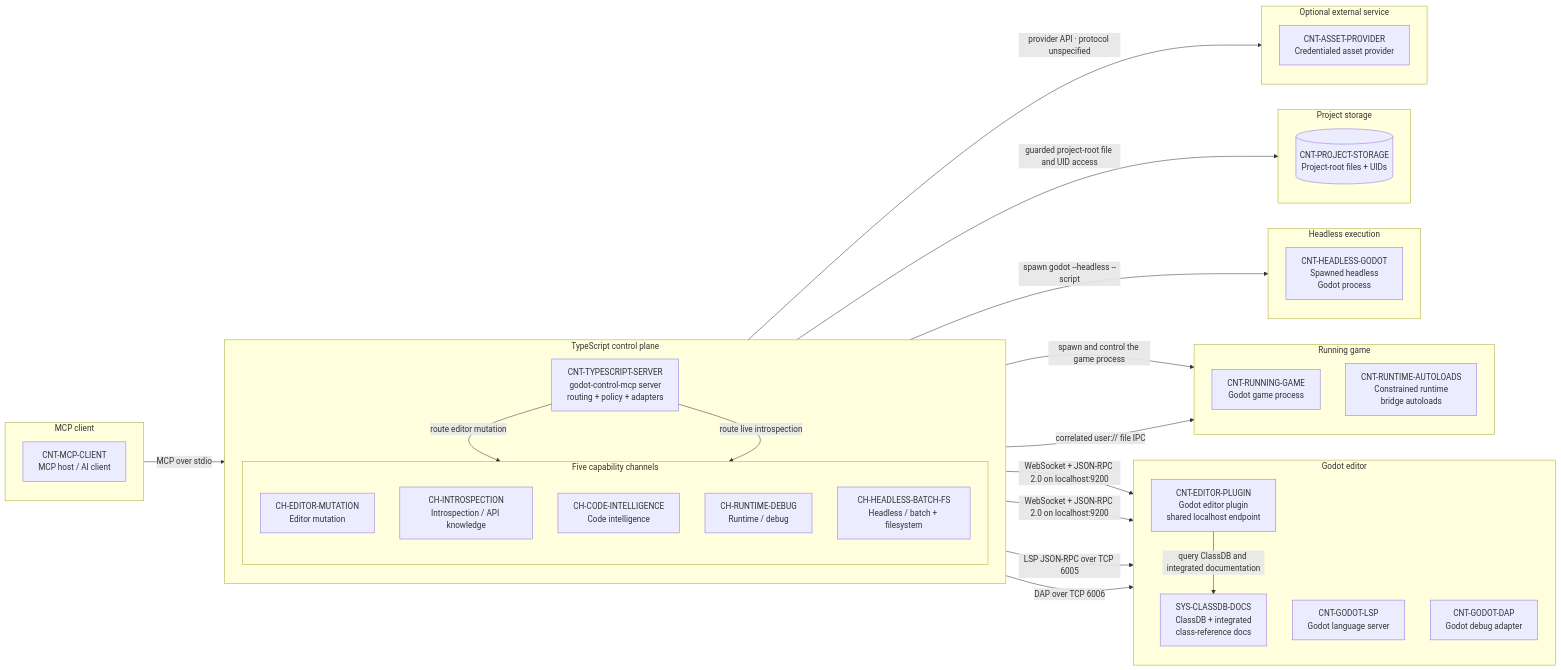
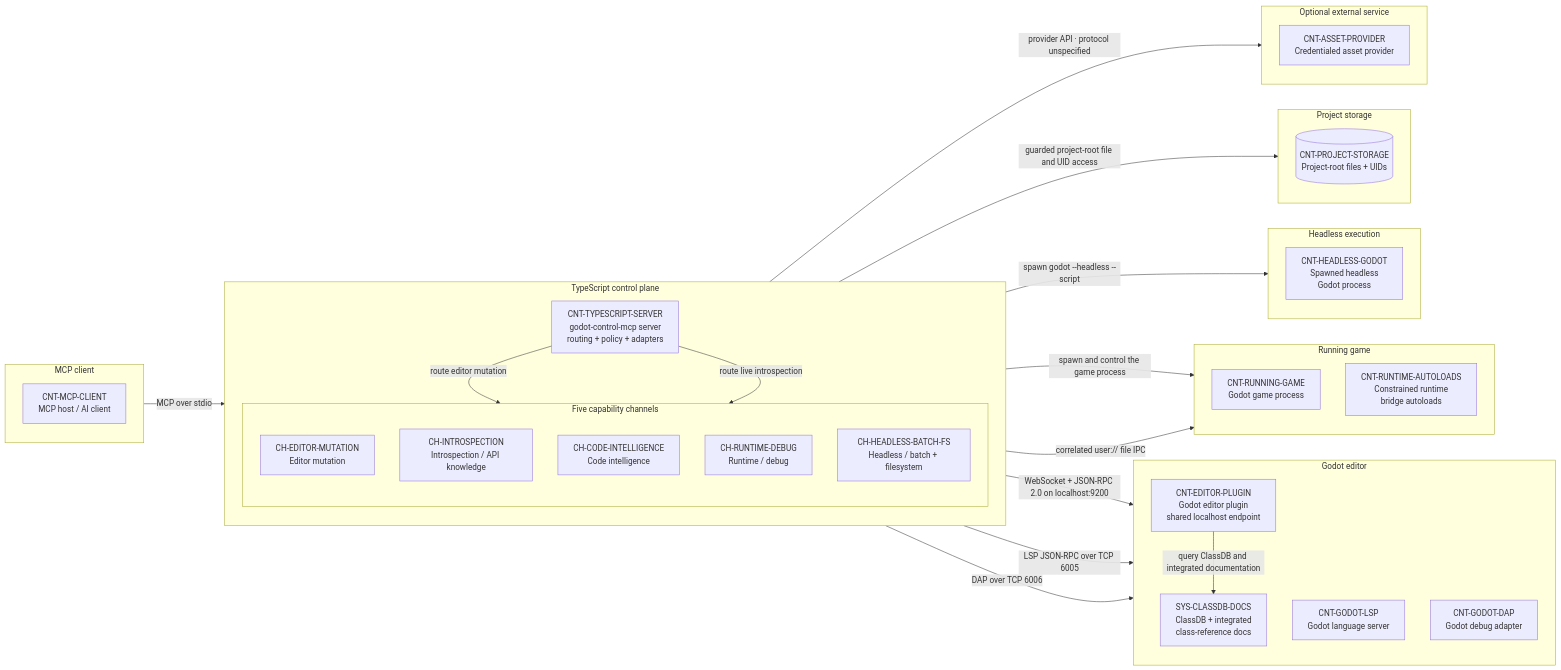
The diagram in docs/architecture/02-container-channels.md (9thLevelSoftware/robogodot), drawn with Mermaid before and after one commit. The commit also changed other lines of this file and 7 other files, not shown here.

Commit message:
fix: harden architecture atlas validation

```diff
--- a/docs/architecture/02-container-channels.md
+++ b/docs/architecture/02-container-channels.md
@@ -86,7 +86,7 @@
   %% atlas-flow: FLOW-CH-002
   CNT_TYPESCRIPT_SERVER -->|"route editor mutation"| CH_EDITOR_MUTATION
   %% atlas-flow: FLOW-CH-003
-  CH_EDITOR_MUTATION & CH_INTROSPECTION -->|"WebSocket + JSON-RPC 2.0 on localhost:9200"| CNT_EDITOR_PLUGIN
+  CNT_TYPESCRIPT_SERVER -->|"WebSocket + JSON-RPC 2.0 on localhost:9200"| CNT_EDITOR_PLUGIN
   %% atlas-flow: FLOW-CH-004
   CNT_TYPESCRIPT_SERVER -->|"route live introspection"| CH_INTROSPECTION
   %% atlas-flow: FLOW-CH-005
```
